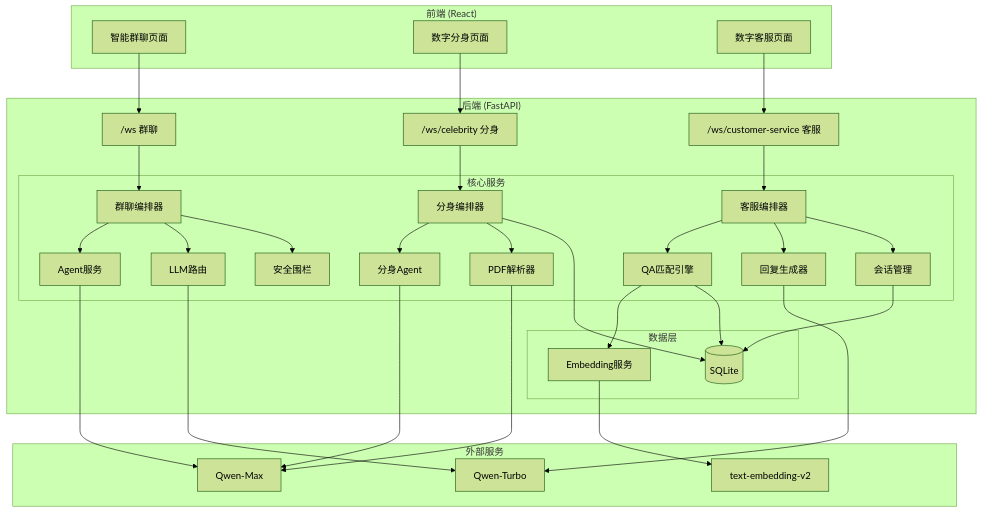
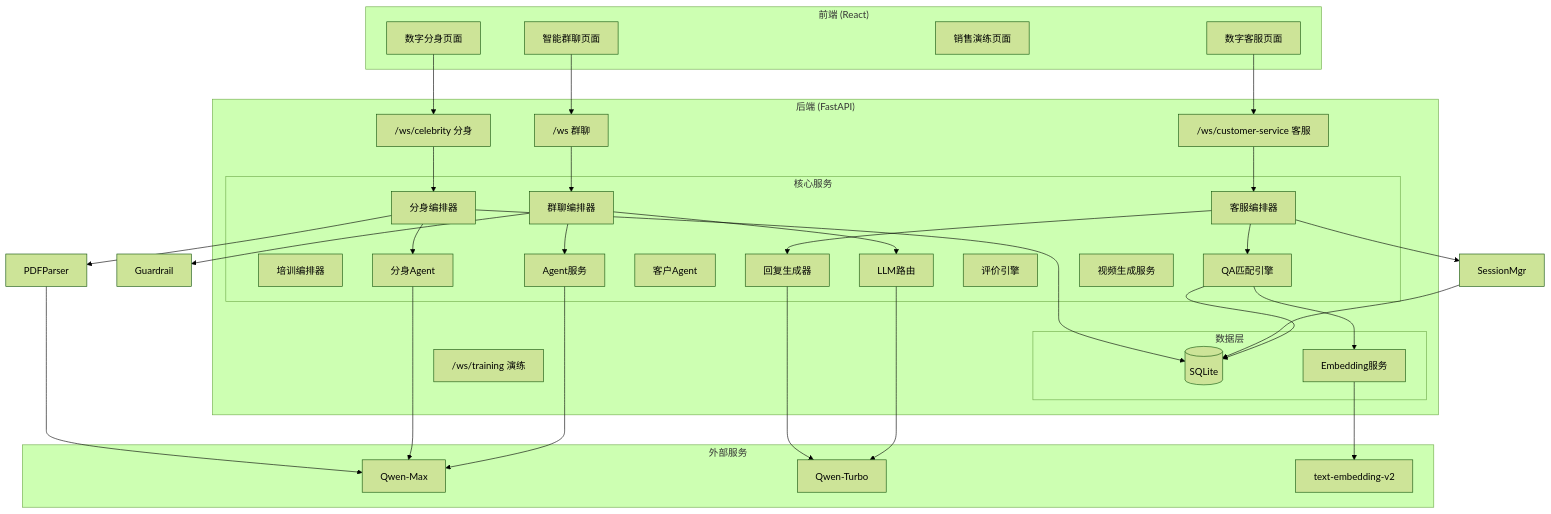
One commit to GISER-KING/VividCrowd changed the diagram in README.md. Above: the diagram before and after it, drawn with Mermaid (forest theme). The commit also changed other lines of this file and 3 other files, not shown here.

````diff
--- a/README.md
+++ b/README.md
@@ -360,74 +446,77 @@
 ```mermaid
 graph TD
     subgraph Frontend["前端 (React)"]
         GroupChat[智能群聊页面]
         Celebrity[数字分身页面]
+        SalesCopilot[销售演练页面]
         CustomerService[数字客服页面]
     end
 
     subgraph Backend["后端 (FastAPI)"]
         WS1["/ws 群聊"]
         WS2["/ws/celebrity 分身"]
         WS3["/ws/customer-service 客服"]
+        WS4["/ws/training 演练"]
 
         subgraph Services["核心服务"]
             Orchestrator[群聊编排器]
             CelebrityOrch[分身编排器]
             CSOrch[客服编排器]
+            TrainingOrch[培训编排器]
 
             Agent[Agent服务]
             CelebrityAgent[分身Agent]
+            CustomerAgent[客户Agent]
 
             QAMatcher[QA匹配引擎]
             ResponseGen[回复生成器]
-            SessionMgr[会话管理]
-
+            EvaluationEng[评价引擎]
+            
             Router[LLM路由]
-            Guardrail[安全围栏]
-            PDFParser[PDF解析器]
+            VideoSvc[视频生成服务]
         end
 
         subgraph Data["数据层"]
             DB[(SQLite)]
             Embedding[Embedding服务]
         end
     end
 
     subgraph External["外部服务"]
         QwenMax[Qwen-Max]
         QwenTurbo[Qwen-Turbo]
         EmbeddingAPI[text-embedding-v2]
     end
 
     GroupChat --> WS1
     Celebrity --> WS2
     CustomerService --> WS3
 
     WS1 --> Orchestrator
     WS2 --> CelebrityOrch
     WS3 --> CSOrch
 
     Orchestrator --> Agent
     Orchestrator --> Router
     Orchestrator --> Guardrail
 
     CelebrityOrch --> CelebrityAgent
     CelebrityOrch --> PDFParser
 
     CSOrch --> QAMatcher
     CSOrch --> ResponseGen
     CSOrch --> SessionMgr
 
     Agent --> QwenMax
     CelebrityAgent --> QwenMax
     Router --> QwenTurbo
     ResponseGen --> QwenTurbo
 
     QAMatcher --> Embedding
     PDFParser --> QwenMax
     Embedding --> EmbeddingAPI
 
     QAMatcher --> DB
     SessionMgr --> DB
     CelebrityOrch --> DB
 ```
````
